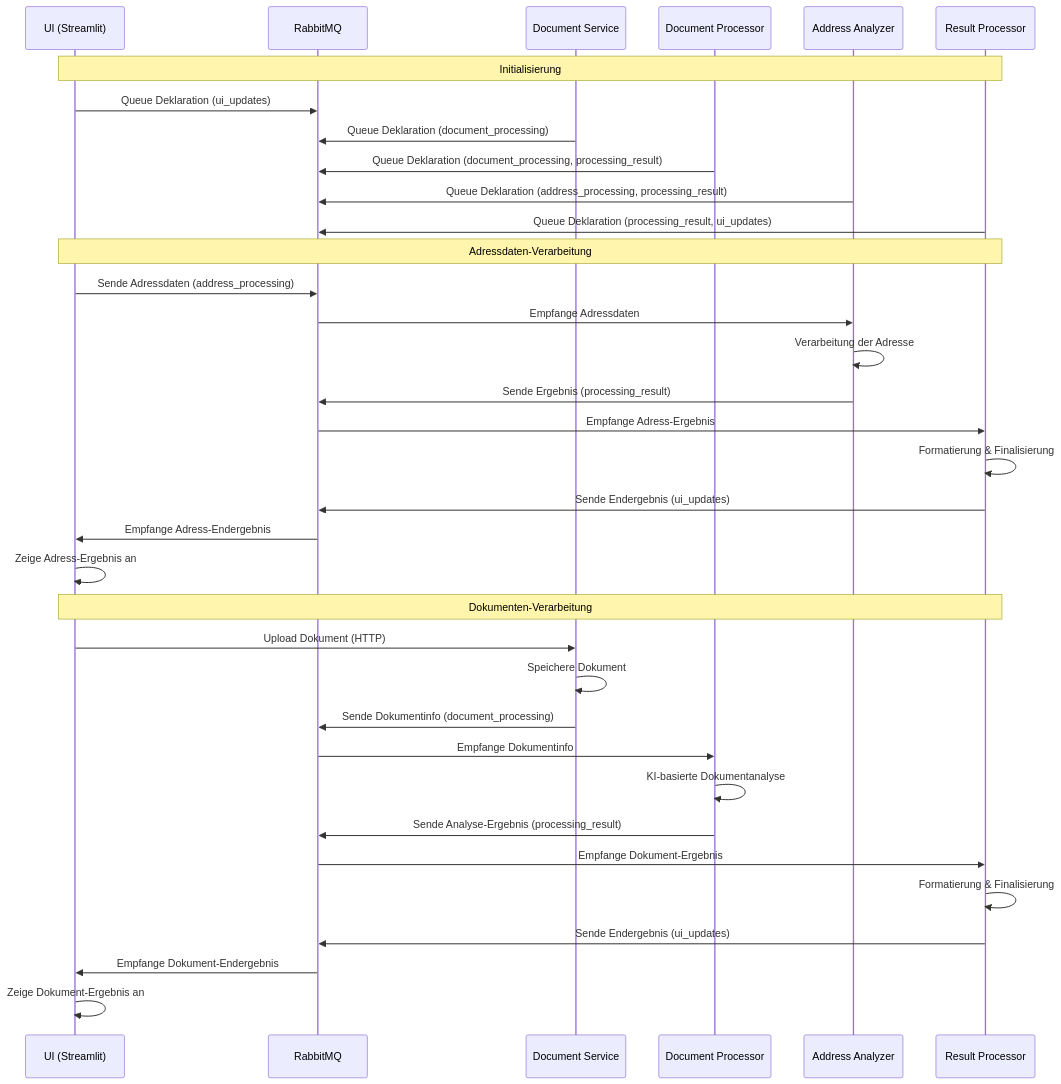
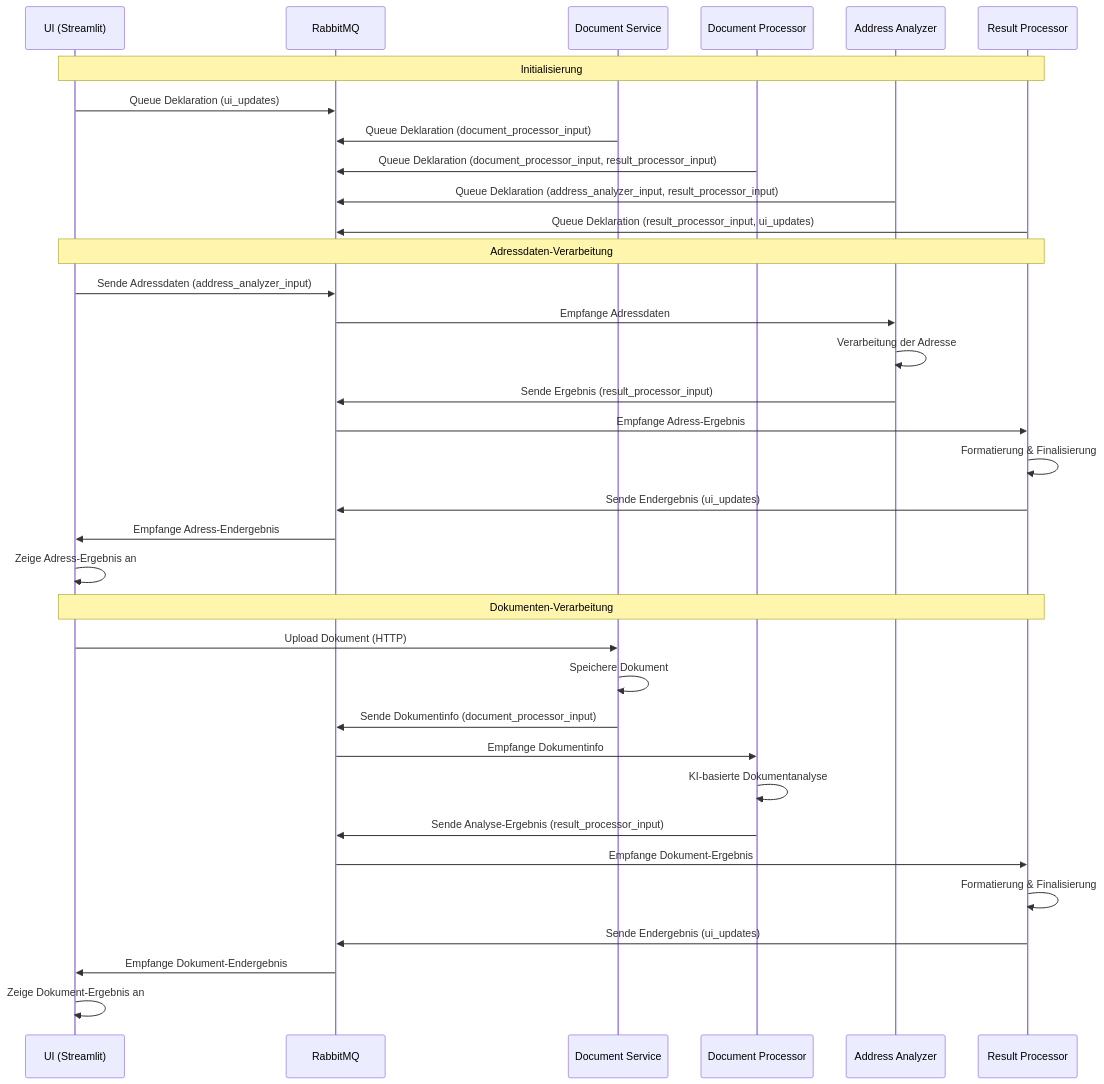
One commit to dsenften/BiscuITs changed the diagram in doc/images/sequence-diagram.mermaid. Above: the diagram before and after it, drawn with Mermaid. The commit also changed 6 other files, not shown here.

```diff
--- a/doc/images/sequence-diagram.mermaid
+++ b/doc/images/sequence-diagram.mermaid
@@ -1,38 +1,38 @@
 sequenceDiagram
     participant U as UI (Streamlit)
     participant R as RabbitMQ
     participant DS as Document Service
     participant DPS as Document Processor
     participant AAS as Address Analyzer
     participant RPS as Result Processor
 
     Note over U,RPS: Initialisierung
     U->>R: Queue Deklaration (ui_updates)
-    DS->>R: Queue Deklaration (document_processing)
-    DPS->>R: Queue Deklaration (document_processing, processing_result)
-    AAS->>R: Queue Deklaration (address_processing, processing_result)
-    RPS->>R: Queue Deklaration (processing_result, ui_updates)
+    DS->>R: Queue Deklaration (document_processor_input)
+    DPS->>R: Queue Deklaration (document_processor_input, result_processor_input)
+    AAS->>R: Queue Deklaration (address_analyzer_input, result_processor_input)
+    RPS->>R: Queue Deklaration (result_processor_input, ui_updates)
 
     Note over U,RPS: Adressdaten-Verarbeitung
-    U->>R: Sende Adressdaten (address_processing)
+    U->>R: Sende Adressdaten (address_analyzer_input)
     R->>AAS: Empfange Adressdaten
     AAS->>AAS: Verarbeitung der Adresse
-    AAS->>R: Sende Ergebnis (processing_result)
+    AAS->>R: Sende Ergebnis (result_processor_input)
     R->>RPS: Empfange Adress-Ergebnis
     RPS->>RPS: Formatierung & Finalisierung
     RPS->>R: Sende Endergebnis (ui_updates)
     R->>U: Empfange Adress-Endergebnis
     U->>U: Zeige Adress-Ergebnis an
 
     Note over U,RPS: Dokumenten-Verarbeitung
     U->>DS: Upload Dokument (HTTP)
     DS->>DS: Speichere Dokument
-    DS->>R: Sende Dokumentinfo (document_processing)
+    DS->>R: Sende Dokumentinfo (document_processor_input)
     R->>DPS: Empfange Dokumentinfo
     DPS->>DPS: KI-basierte Dokumentanalyse
-    DPS->>R: Sende Analyse-Ergebnis (processing_result)
+    DPS->>R: Sende Analyse-Ergebnis (result_processor_input)
     R->>RPS: Empfange Dokument-Ergebnis 
     RPS->>RPS: Formatierung & Finalisierung
     RPS->>R: Sende Endergebnis (ui_updates)
     R->>U: Empfange Dokument-Endergebnis
     U->>U: Zeige Dokument-Ergebnis an
```
